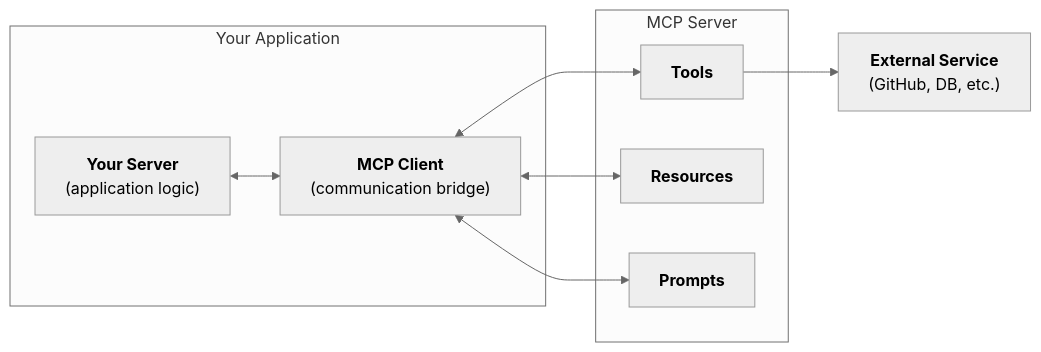
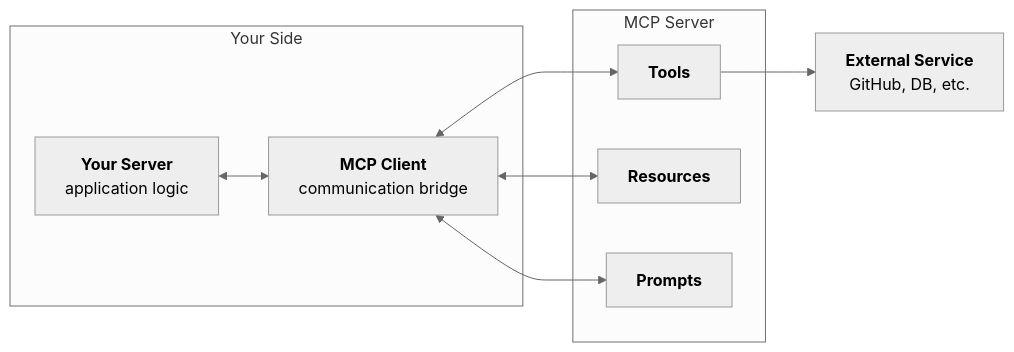
Before and after one commit to shreyabaid007/Claude-Certified-Architect: the third of 12 diagrams in 02-Building-with-the-Claude-API/07-Model-Context-Protocol.md, drawn with Mermaid (neutral theme). The commit also changed other lines of this file, not shown here.

First line of the commit message:
Rewrite MCP notes as a teaching narrative

````diff
--- a/02-Building-with-the-Claude-API/07-Model-Context-Protocol.md
+++ b/02-Building-with-the-Claude-API/07-Model-Context-Protocol.md
@@ -72,19 +61,19 @@
 ```mermaid
 flowchart LR
-    subgraph CLIENT_SIDE ["Your Application"]
-        A["<b>Your Server</b><br/>(application logic)"]
-        B["<b>MCP Client</b><br/>(communication bridge)"]
+    subgraph YOUR_SIDE ["Your Side"]
+        A["<b>Your Server</b><br/>application logic"]
+        B["<b>MCP Client</b><br/>communication bridge"]
     end
-    subgraph SERVER_SIDE ["MCP Server"]
+    subgraph THEIR_SIDE ["MCP Server"]
         C["<b>Tools</b>"]
         D["<b>Resources</b>"]
         E["<b>Prompts</b>"]
     end
-    F["<b>External Service</b><br/>(GitHub, DB, etc.)"]
+    F["<b>External Service</b><br/>GitHub, DB, etc."]
 
     A <--> B
     B <--> C
     B <--> D
     B <--> E
     C --> F
 ```
````
